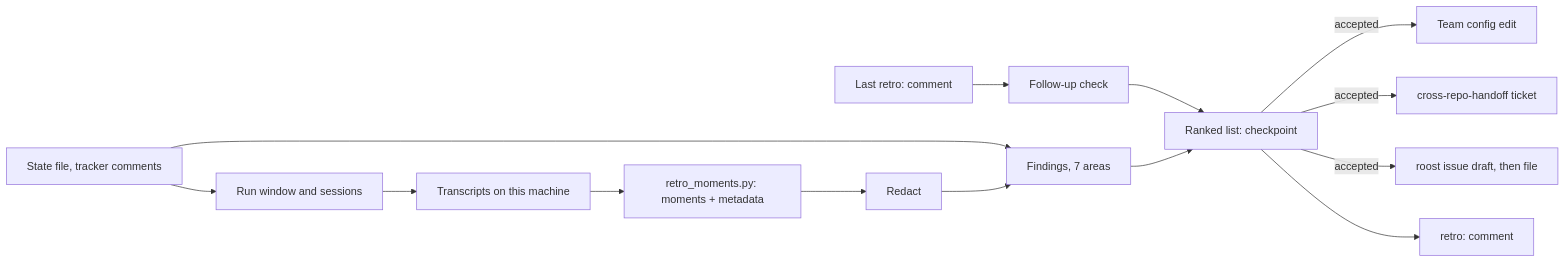
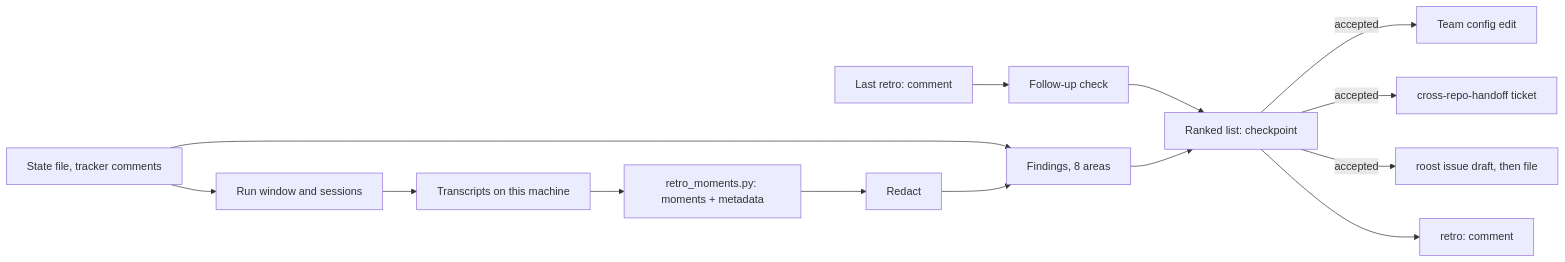
The diagram in docs/design/issue-92-retro.md (Beakpoint-Insights/roost), drawn with Mermaid before and after one commit. The commit also changed other lines of this file, not shown here.

Commit message:
docs: add slow steps to retro's finding areas (#92)

````diff
--- a/docs/design/issue-92-retro.md
+++ b/docs/design/issue-92-retro.md
@@ -19,16 +19,16 @@
 ```mermaid
 flowchart LR
   P[Last retro: comment] --> F[Follow-up check]
   S[State file, tracker comments] --> W[Run window and sessions]
   W --> T[Transcripts on this machine]
   T --> M[retro_moments.py: moments + metadata]
   M --> R[Redact]
   S --> A
-  R --> A[Findings, 7 areas]
+  R --> A[Findings, 8 areas]
   F --> K
   A --> K[Ranked list: checkpoint]
   K -->|accepted| C[Team config edit]
   K -->|accepted| X[cross-repo-handoff ticket]
   K -->|accepted| I[roost issue draft, then file]
   K --> Q[retro: comment]
 ```
````
